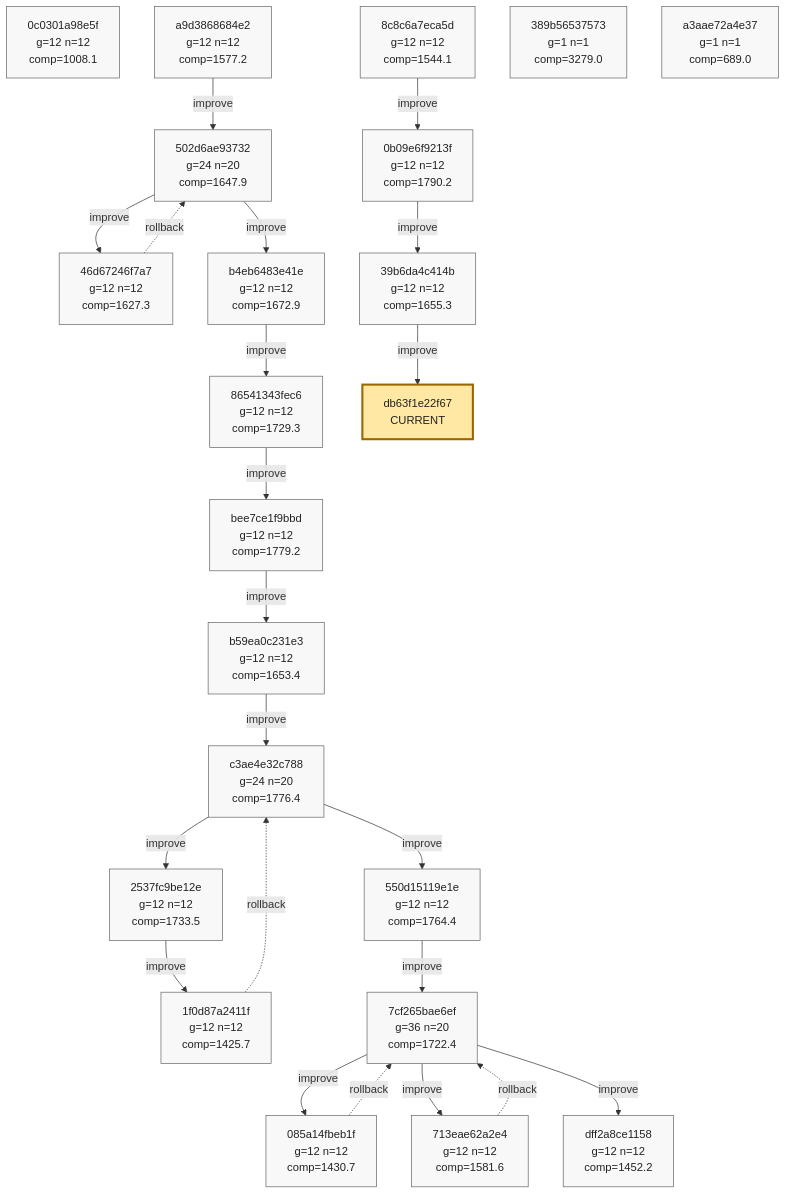
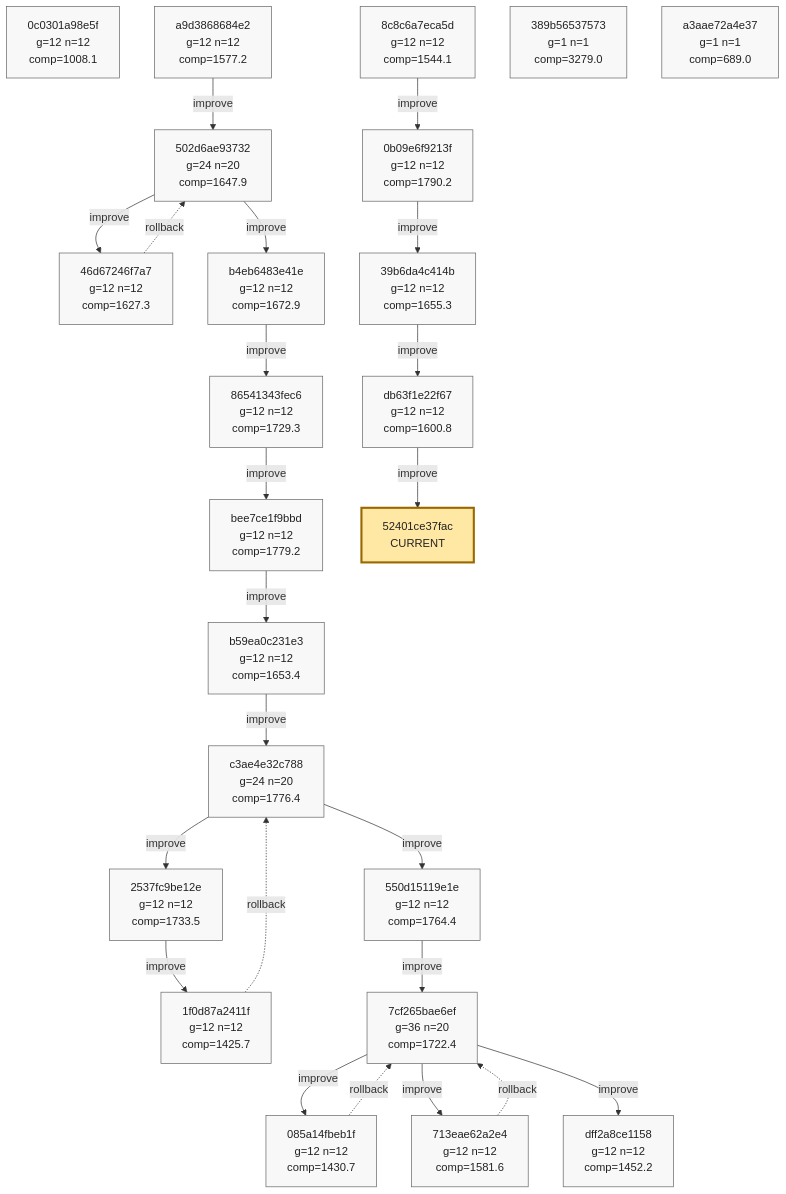
One commit to azumag/soviet_now changed the tenth of 10 diagrams in phyrogenetic-tree.md. Above: the diagram before and after it, drawn with Mermaid. The commit also changed other lines of this file and 2 other files, not shown here.

Commit message:
eloop Improve after 12 games (scores: 1154 2381 2599 1121 1217 2010 2889 1245 1363 3363 2244 1556)

````diff
--- a/phyrogenetic-tree.md
+++ b/phyrogenetic-tree.md
@@ -2546,75 +2540,78 @@
 ```mermaid
 flowchart TD
     h_0c0301a98e5f["0c0301a98e5f<br/>g=12 n=12<br/>comp=1008.1"]
     h_a9d3868684e2["a9d3868684e2<br/>g=12 n=12<br/>comp=1577.2"]
     h_502d6ae93732["502d6ae93732<br/>g=24 n=20<br/>comp=1647.9"]
     h_46d67246f7a7["46d67246f7a7<br/>g=12 n=12<br/>comp=1627.3"]
     h_b4eb6483e41e["b4eb6483e41e<br/>g=12 n=12<br/>comp=1672.9"]
     h_86541343fec6["86541343fec6<br/>g=12 n=12<br/>comp=1729.3"]
     h_bee7ce1f9bbd["bee7ce1f9bbd<br/>g=12 n=12<br/>comp=1779.2"]
     h_b59ea0c231e3["b59ea0c231e3<br/>g=12 n=12<br/>comp=1653.4"]
     h_c3ae4e32c788["c3ae4e32c788<br/>g=24 n=20<br/>comp=1776.4"]
     h_2537fc9be12e["2537fc9be12e<br/>g=12 n=12<br/>comp=1733.5"]
     h_1f0d87a2411f["1f0d87a2411f<br/>g=12 n=12<br/>comp=1425.7"]
     h_550d15119e1e["550d15119e1e<br/>g=12 n=12<br/>comp=1764.4"]
     h_7cf265bae6ef["7cf265bae6ef<br/>g=36 n=20<br/>comp=1722.4"]
     h_085a14fbeb1f["085a14fbeb1f<br/>g=12 n=12<br/>comp=1430.7"]
     h_713eae62a2e4["713eae62a2e4<br/>g=12 n=12<br/>comp=1581.6"]
     h_dff2a8ce1158["dff2a8ce1158<br/>g=12 n=12<br/>comp=1452.2"]
     h_8c8c6a7eca5d["8c8c6a7eca5d<br/>g=12 n=12<br/>comp=1544.1"]
     h_0b09e6f9213f["0b09e6f9213f<br/>g=12 n=12<br/>comp=1790.2"]
     h_39b6da4c414b["39b6da4c414b<br/>g=12 n=12<br/>comp=1655.3"]
+    h_db63f1e22f67["db63f1e22f67<br/>g=12 n=12<br/>comp=1600.8"]
     h_389b56537573["389b56537573<br/>g=1 n=1<br/>comp=3279.0"]
     h_a3aae72a4e37["a3aae72a4e37<br/>g=1 n=1<br/>comp=689.0"]
-    h_db63f1e22f67["db63f1e22f67<br/>CURRENT"]
+    h_52401ce37fac["52401ce37fac<br/>CURRENT"]
 
     h_a9d3868684e2 -->|improve| h_502d6ae93732
     h_502d6ae93732 -->|improve| h_46d67246f7a7
     h_46d67246f7a7 -. rollback .-> h_502d6ae93732
     h_502d6ae93732 -->|improve| h_b4eb6483e41e
     h_b4eb6483e41e -->|improve| h_86541343fec6
     h_86541343fec6 -->|improve| h_bee7ce1f9bbd
     h_bee7ce1f9bbd -->|improve| h_b59ea0c231e3
     h_b59ea0c231e3 -->|improve| h_c3ae4e32c788
     h_c3ae4e32c788 -->|improve| h_2537fc9be12e
     h_2537fc9be12e -->|improve| h_1f0d87a2411f
     h_1f0d87a2411f -. rollback .-> h_c3ae4e32c788
     h_c3ae4e32c788 -->|improve| h_550d15119e1e
     h_550d15119e1e -->|improve| h_7cf265bae6ef
     h_7cf265bae6ef -->|improve| h_085a14fbeb1f
     h_085a14fbeb1f -. rollback .-> h_7cf265bae6ef
     h_7cf265bae6ef -->|improve| h_713eae62a2e4
     h_713eae62a2e4 -. rollback .-> h_7cf265bae6ef
     h_7cf265bae6ef -->|improve| h_dff2a8ce1158
     h_8c8c6a7eca5d -->|improve| h_0b09e6f9213f
     h_0b09e6f9213f -->|improve| h_39b6da4c414b
     h_39b6da4c414b -->|improve| h_db63f1e22f67
+    h_db63f1e22f67 -->|improve| h_52401ce37fac
 
     classDef plain fill:#f8f8f8,stroke:#666,stroke-width:1px,color:#222;
     classDef current fill:#ffe8a3,stroke:#9a6700,stroke-width:3px,color:#222;
     classDef anchor fill:#d7f5dd,stroke:#1f6f43,stroke-width:3px,color:#222;
     classDef current_anchor fill:#f3e4a8,stroke:#1f6f43,stroke-width:4px,color:#222;
 
     class h_0c0301a98e5f plain;
     class h_a9d3868684e2 plain;
     class h_502d6ae93732 plain;
     class h_46d67246f7a7 plain;
     class h_b4eb6483e41e plain;
     class h_86541343fec6 plain;
     class h_bee7ce1f9bbd plain;
     class h_b59ea0c231e3 plain;
     class h_c3ae4e32c788 plain;
     class h_2537fc9be12e plain;
     class h_1f0d87a2411f plain;
     class h_550d15119e1e plain;
     class h_7cf265bae6ef plain;
     class h_085a14fbeb1f plain;
     class h_713eae62a2e4 plain;
     class h_dff2a8ce1158 plain;
     class h_8c8c6a7eca5d plain;
     class h_0b09e6f9213f plain;
     class h_39b6da4c414b plain;
+    class h_db63f1e22f67 plain;
     class h_389b56537573 plain;
     class h_a3aae72a4e37 plain;
-    class h_db63f1e22f67 current;
+    class h_52401ce37fac current;
 ```
````
